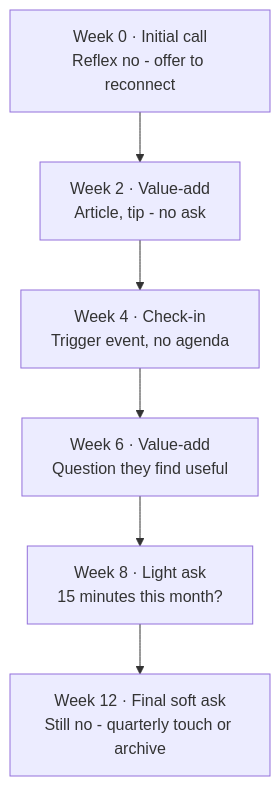
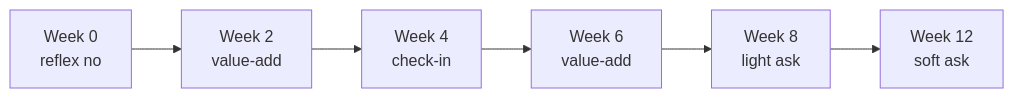
The second of 2 diagrams in docs/first-60-days/week-8/day-44.md (leotansingapore/aia-product-compass-hub), drawn with Mermaid before and after one commit. The commit also changed 6 other files, not shown here.

Commit message:
Day 25, 37, 39, 44, 45, 50, 55 charts now flow horizontally with trimmed labels — taller TD chains and over-decorated nodes simplified

````diff
--- a/docs/first-60-days/week-8/day-44.md
+++ b/docs/first-60-days/week-8/day-44.md
@@ -164,10 +164,4 @@
 ```mermaid
-flowchart TD
-    W0["Week 0 · Initial call<br/>Reflex no - offer to reconnect"]
-    W2["Week 2 · Value-add<br/>Article, tip - no ask"]
-    W4["Week 4 · Check-in<br/>Trigger event, no agenda"]
-    W6["Week 6 · Value-add<br/>Question they find useful"]
-    W8["Week 8 · Light ask<br/>15 minutes this month?"]
-    W12["Week 12 · Final soft ask<br/>Still no - quarterly touch or archive"]
-    W0 --> W2 --> W4 --> W6 --> W8 --> W12
+flowchart LR
+    W0["Week 0<br/>reflex no"] --> W2["Week 2<br/>value-add"] --> W4["Week 4<br/>check-in"] --> W6["Week 6<br/>value-add"] --> W8["Week 8<br/>light ask"] --> W12["Week 12<br/>soft ask"]
 ```
````
